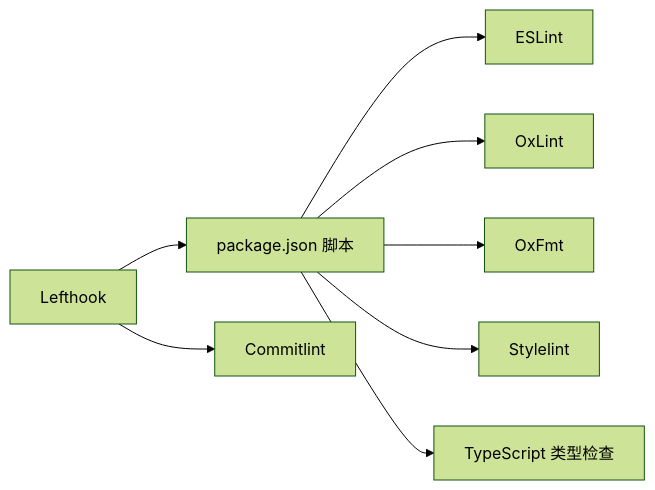
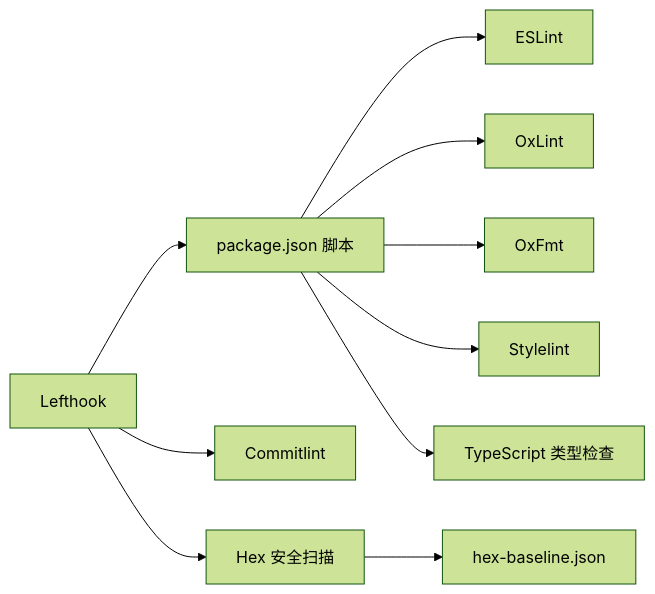
One commit to hlszp/CLPM-MVP changed the eighth of 8 diagrams in .qoder/repowiki/zh/content/前端架构/构建配置/质量保障配置.md. Above: the diagram before and after it, drawn with Mermaid (forest theme). The commit also changed other lines of this file and 207 other files, not shown here.

````diff
--- a/.qoder/repowiki/zh/content/前端架构/构建配置/质量保障配置.md
+++ b/.qoder/repowiki/zh/content/前端架构/构建配置/质量保障配置.md
@@ -222,10 +286,12 @@
 ```mermaid
 graph LR
 P["package.json 脚本"] --> E["ESLint"]
 P --> X["OxLint"]
 P --> F["OxFmt"]
 P --> S["Stylelint"]
 P --> T["TypeScript 类型检查"]
 L["Lefthook"] --> P
 L --> C["Commitlint"]
+L --> H["Hex 安全扫描"]
+H --> B["hex-baseline.json"]
 ```
````
